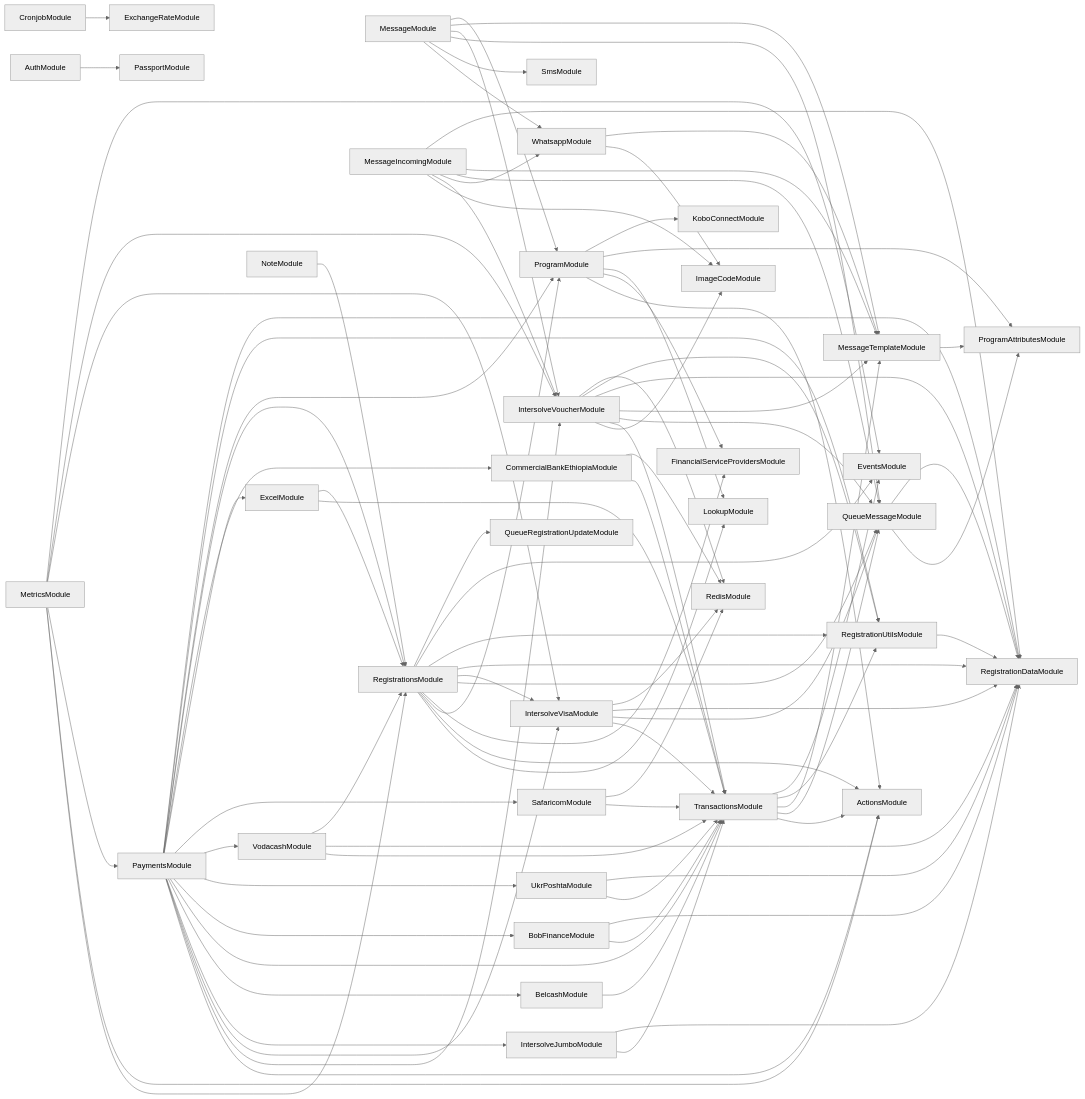
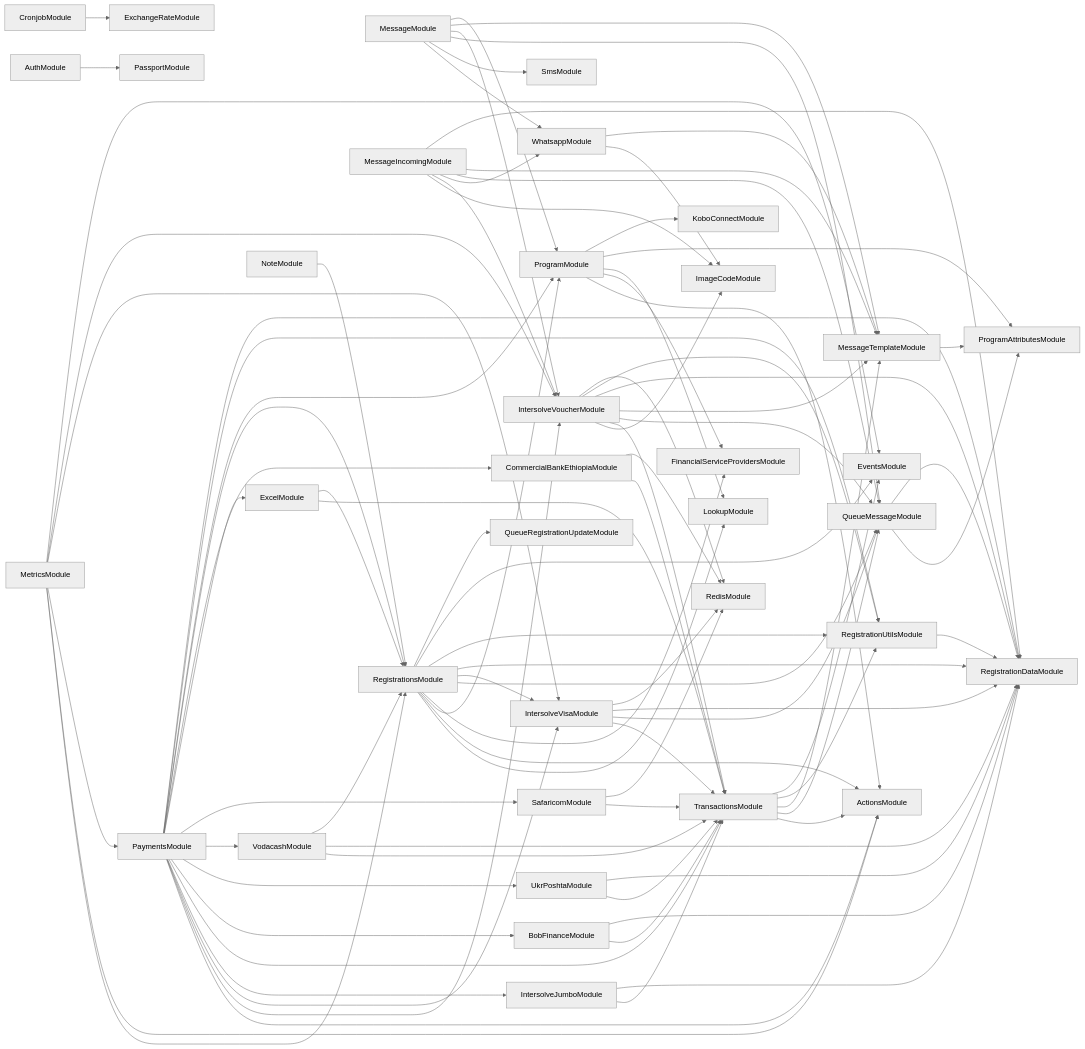
The diagram in services/121-service/module-dependencies.md (global-121/121-platform), drawn with Mermaid (neutral theme) before and after one commit. The commit also changed 19 other files, not shown here.

```diff
--- a/services/121-service/module-dependencies.md
+++ b/services/121-service/module-dependencies.md
@@ -55,8 +55,6 @@
   PaymentsModule-->IntersolveJumboModule
   IntersolveJumboModule-->TransactionsModule
   IntersolveJumboModule-->RegistrationDataModule
-  PaymentsModule-->BelcashModule
-  BelcashModule-->TransactionsModule
   PaymentsModule-->TransactionsModule
   PaymentsModule-->BobFinanceModule
   BobFinanceModule-->TransactionsModule
```
